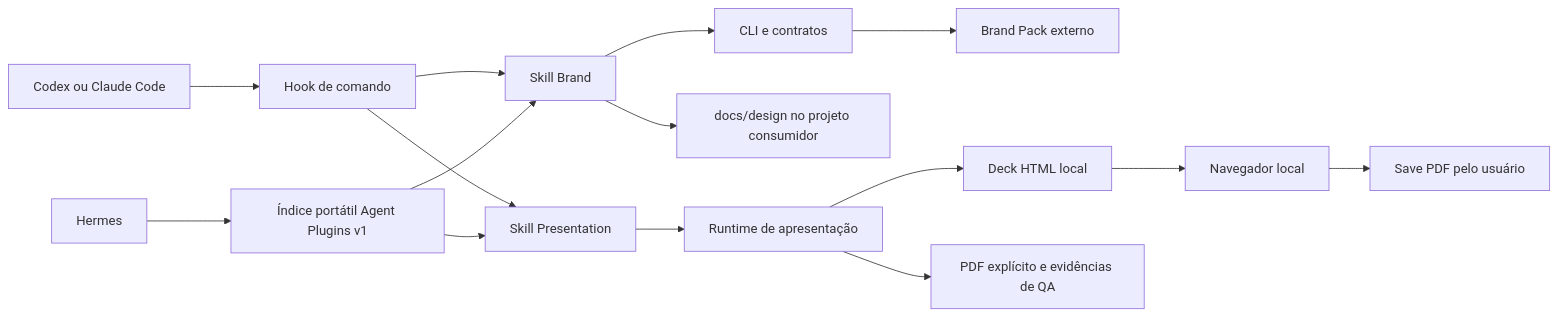
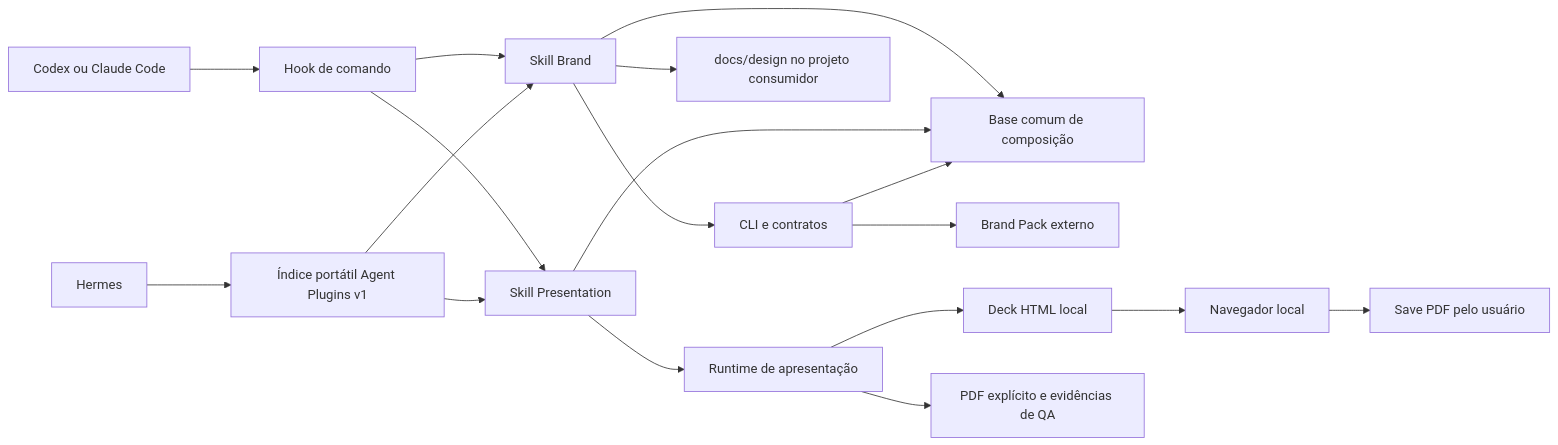
The diagram in docs/architecture.md (smartscaile/brand-runtime), drawn with Mermaid before and after one commit. The commit also changed other lines of this file and 25 other files, not shown here.

````diff
--- a/docs/architecture.md
+++ b/docs/architecture.md
@@ -5,17 +5,20 @@
 ```mermaid
 flowchart LR
   CodexClaude[Codex ou Claude Code] --> Hook[Hook de comando]
   Hermes[Hermes] --> Portable[Índice portátil Agent Plugins v1]
   Hook --> Brand[Skill Brand]
   Hook --> Presentation[Skill Presentation]
   Portable --> Brand
   Portable --> Presentation
   Brand --> CLI[CLI e contratos]
+  Brand --> Foundation[Base comum de composição]
+  Presentation --> Foundation
+  CLI --> Foundation
   CLI --> Pack[Brand Pack externo]
   Brand --> Knowledge[docs/design no projeto consumidor]
   Presentation --> Runtime[Runtime de apresentação]
   Runtime --> HTML[Deck HTML local]
   HTML --> Browser[Navegador local]
   Browser --> SavePDF[Save PDF pelo usuário]
   Runtime --> ExplicitPDF[PDF explícito e evidências de QA]
 ```
````
